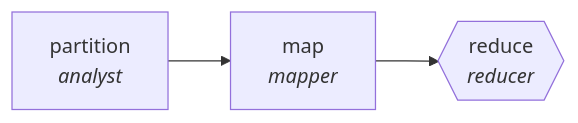
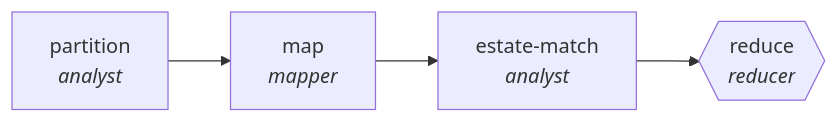
The diagram in docs/traces/threat-intel-digest.md (ypollak2/agenticgraphs), drawn with Mermaid before and after one commit. The commit also changed other lines of this file and 62 other files, not shown here.

````diff
--- a/docs/traces/threat-intel-digest.md
+++ b/docs/traces/threat-intel-digest.md
@@ -10,8 +10,10 @@
 ```mermaid
 flowchart LR
     N0["partition<br/><i>analyst</i>"]
     N1["map<br/><i>mapper</i>"]
-    N2{{"reduce<br/><i>reducer</i>"}}
+    N2["estate-match<br/><i>analyst</i>"]
+    N3{{"reduce<br/><i>reducer</i>"}}
     N0 --> N1
     N1 --> N2
+    N2 --> N3
 ```
````
